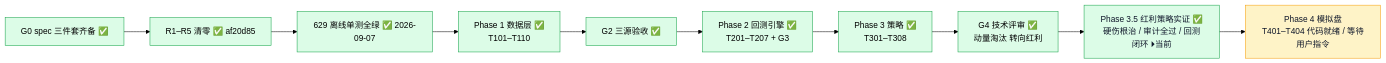
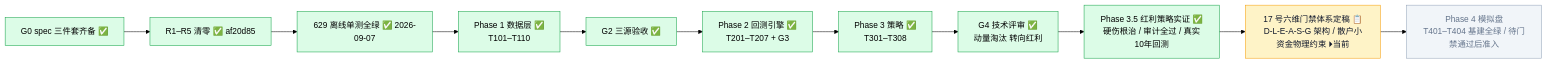
The second of 6 diagrams in docs/project_status_flowchart.md (YZml1507/FinAI2.0), drawn with Mermaid (forest theme) before and after one commit. The commit also changed other lines of this file and 8 other files, not shown here.

Commit message:
docs: organize docs into docs/README.md, move loose summaries to docs/delivery, update root README/LESSONS and flowcharts

````diff
--- a/docs/project_status_flowchart.md
+++ b/docs/project_status_flowchart.md
@@ -29,21 +29,23 @@
 ```mermaid
 flowchart LR
   G0["G0 spec 三件套齐备 ✅"] --> R15["R1–R5 清零 ✅ af20d85"] --> UT["629 离线单测全绿 ✅ 2026-09-07"]
   UT --> P1["Phase 1 数据层 ✅<br/>T101–T110"]
   P1 --> G2["G2 三源验收 ✅"]
   G2 --> P2["Phase 2 回测引擎 ✅<br/>T201–T207 + G3"]
   P2 --> P3["Phase 3 策略 ✅<br/>T301–T308"]
   P3 --> G4["G4 技术评审 ✅<br/>动量淘汰 转向红利"]
-  G4 --> P35["Phase 3.5 红利策略实证 ✅<br/>硬伤根治 / 审计全过 / 回测闭环 ⏵当前"]
-  P35 --> P4["Phase 4 模拟盘<br/>T401–T404 代码就绪 / 等待用户指令"]
+  G4 --> P35["Phase 3.5 红利策略实证 ✅<br/>硬伤根治 / 审计全过 / 真实10年回测"]
+  P35 --> G_AUDIT["17 号六维门禁体系定稿 📋<br/>D-L-E-A-S-G 架构 / 散户小资金物理约束 ⏵当前"]
+  G_AUDIT --> P4["Phase 4 模拟盘<br/>T401–T404 基建全绿 / 待门禁通过后准入"]
   style G0 fill:#dcfce7,stroke:#16a34a
   style R15 fill:#dcfce7,stroke:#16a34a
   style UT fill:#dcfce7,stroke:#16a34a
   style P1 fill:#dcfce7,stroke:#16a34a
   style G2 fill:#dcfce7,stroke:#16a34a
   style P2 fill:#dcfce7,stroke:#16a34a
   style P3 fill:#dcfce7,stroke:#16a34a
   style G4 fill:#dcfce7,stroke:#16a34a
-  style P35 fill:#dcfce7,stroke:#16a34a,color:#0f172a
-  style P4 fill:#fef3c7,stroke:#f59e0b,color:#0f172a
+  style P35 fill:#dcfce7,stroke:#16a34a
+  style G_AUDIT fill:#fef3c7,stroke:#f59e0b,color:#0f172a
+  style P4 fill:#f1f5f9,stroke:#94a3b8,color:#64748b
 ```
````
